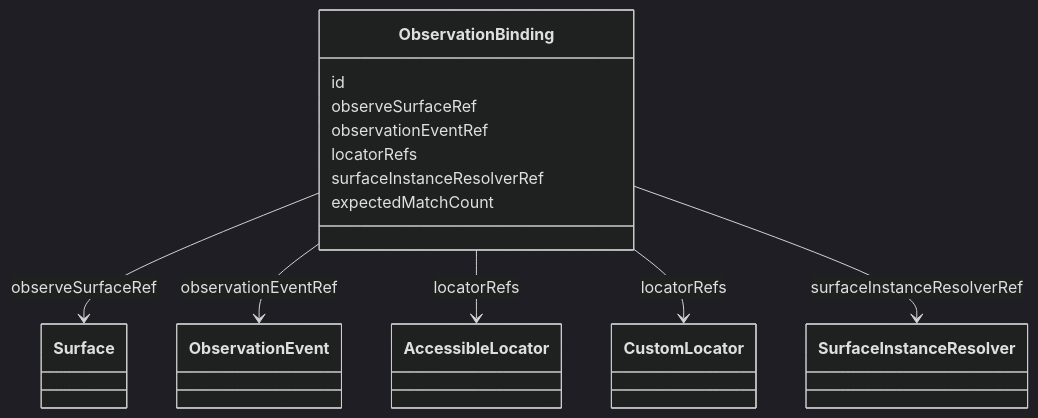
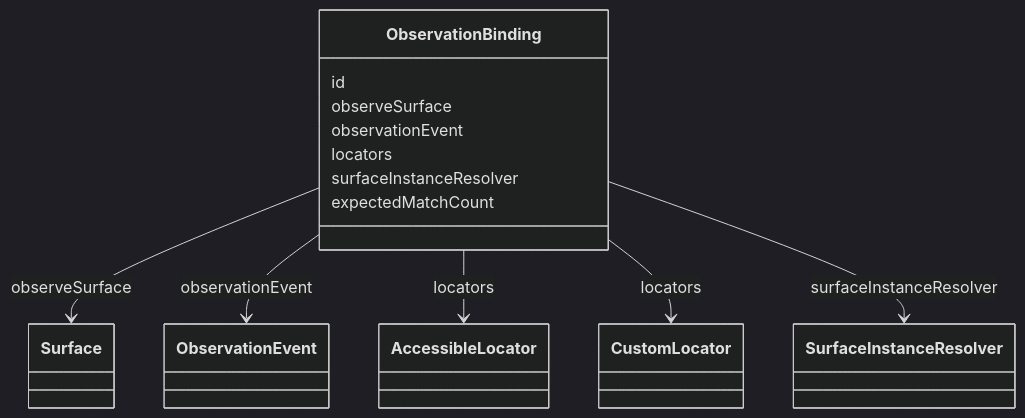
Before and after one commit to openuji/spec-ujg: the ninth of 9 diagrams in specs/ed/modules/observability/index.md, drawn with Mermaid (dark theme). The commit also changed other lines of this file and 370 other files, not shown here.

````diff
--- a/specs/ed/modules/observability/index.md
+++ b/specs/ed/modules/observability/index.md
@@ -298,21 +241,21 @@
 ```mermaid
 classDiagram
   class Surface
   class ObservationEvent
   class AccessibleLocator
   class CustomLocator
   class SurfaceInstanceResolver
   class ObservationBinding {
     id
-    observeSurfaceRef
-    observationEventRef
-    locatorRefs
-    surfaceInstanceResolverRef
+    observeSurface
+    observationEvent
+    locators
+    surfaceInstanceResolver
     expectedMatchCount
   }
-  ObservationBinding --> Surface : observeSurfaceRef
-  ObservationBinding --> ObservationEvent : observationEventRef
-  ObservationBinding --> AccessibleLocator : locatorRefs
-  ObservationBinding --> CustomLocator : locatorRefs
-  ObservationBinding --> SurfaceInstanceResolver : surfaceInstanceResolverRef
+  ObservationBinding --> Surface : observeSurface
+  ObservationBinding --> ObservationEvent : observationEvent
+  ObservationBinding --> AccessibleLocator : locators
+  ObservationBinding --> CustomLocator : locators
+  ObservationBinding --> SurfaceInstanceResolver : surfaceInstanceResolver
 ```
````
